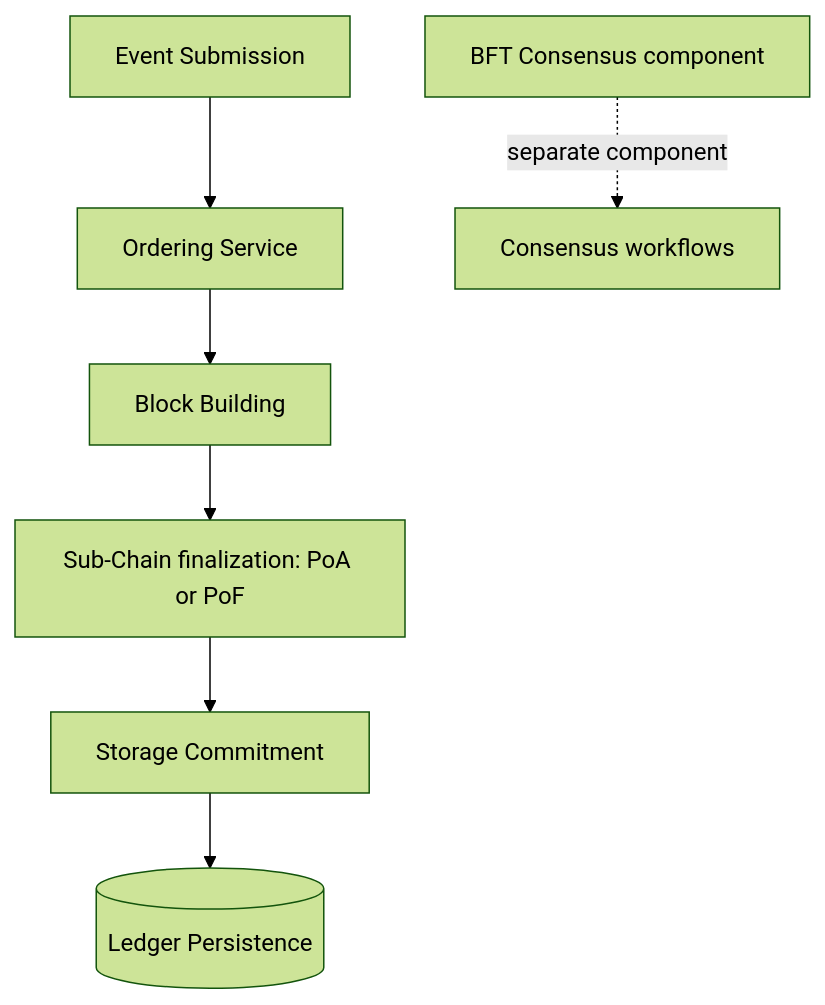
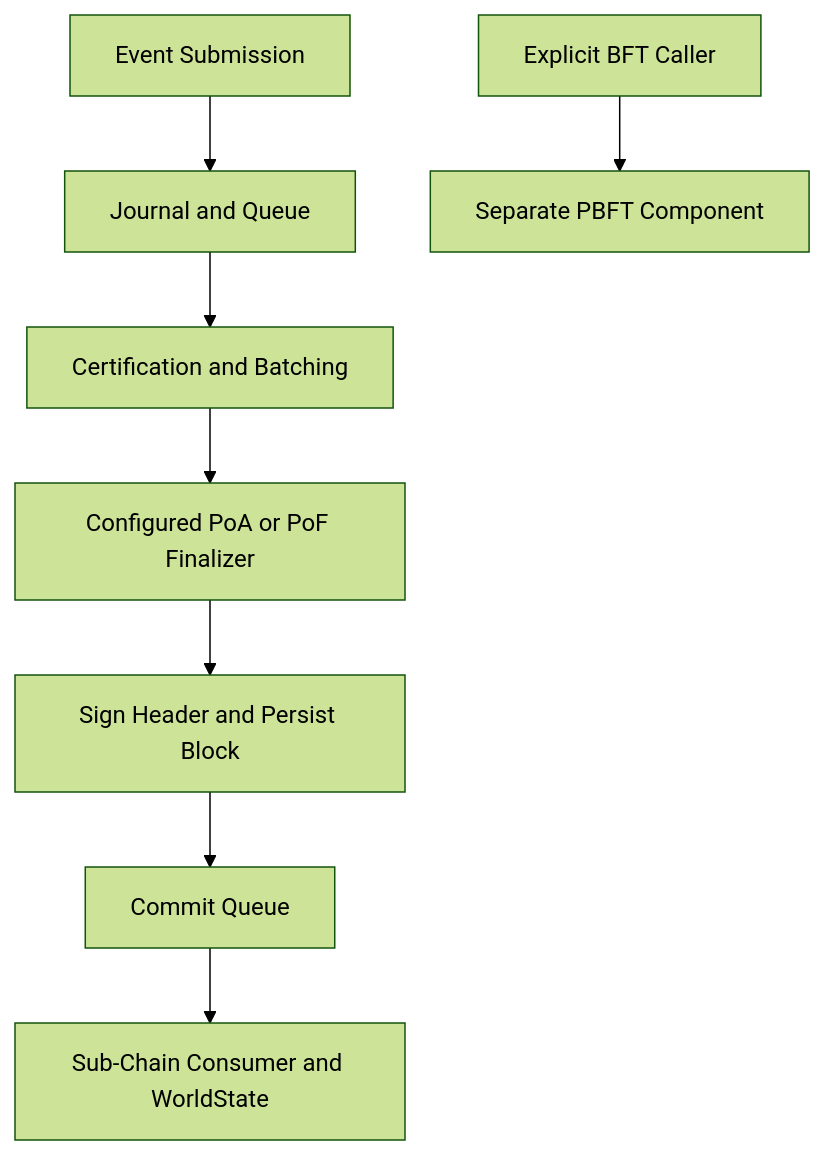
One commit to VanDung-dev/HieraChain changed the diagram in docs/en/modules/consensus.md. Above: the diagram before and after it, drawn with Mermaid (forest theme). The commit also changed other lines of this file and 158 other files, not shown here.

````diff
--- a/docs/en/modules/consensus.md
+++ b/docs/en/modules/consensus.md
@@ -53,9 +26,10 @@
 ```mermaid
 graph TD
-    A[Event Submission] --> B[Ordering Service]
-    B --> C[Block Building]
-    C --> D[Sub-Chain finalization: PoA or PoF]
-    D --> E[Storage Commitment]
-    E --> F[(Ledger Persistence)]
-    G[BFT Consensus component] -. separate component .-> H[Consensus workflows]
+    A[Event Submission] --> B[Journal and Queue]
+    B --> C[Certification and Batching]
+    C --> D[Configured PoA or PoF Finalizer]
+    D --> E[Sign Header and Persist Block]
+    E --> F[Commit Queue]
+    F --> G[Sub-Chain Consumer and WorldState]
+    H[Explicit BFT Caller] --> I[Separate PBFT Component]
 ```
````
